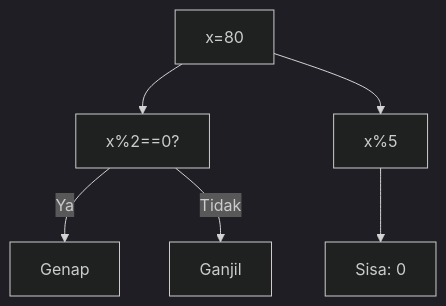
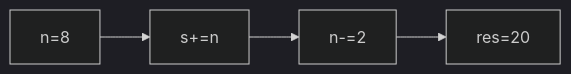
Before and after one commit to amnahwaida/OSNK_INF_PREP: the third of 25 diagrams in part-c-pemahaman-cpp/03-perulangan/latihan/set-07.md, drawn with Mermaid (dark theme). The commit also changed other lines of this file and 71 other files, not shown here.

````diff
--- a/part-c-pemahaman-cpp/03-perulangan/latihan/set-07.md
+++ b/part-c-pemahaman-cpp/03-perulangan/latihan/set-07.md
@@ -87,8 +75,6 @@
 ```mermaid
-graph TD
-A["x=80"] --> B["x%2==0?"]
-B -- Ya --> C["Genap"]
-B -- Tidak --> D["Ganjil"]
-A --> E["x%5"]
-E --> F["Sisa: 0"]
+graph LR
+A["n=8"] --> B["s+=n"]
+B --> C["n-=2"]
+C --> D["res=20"]
 ```
````
